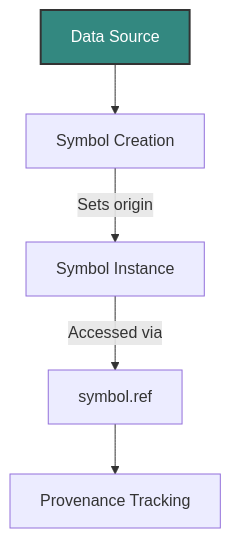
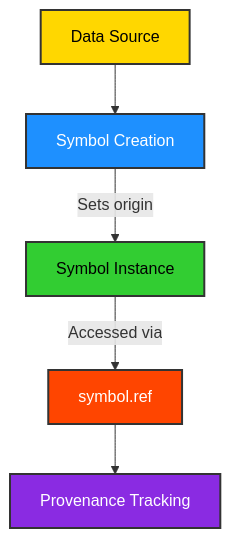
Before and after one commit to ikko/sym: diagram 12 of 13 in docs/readme_details/8_api_highlights/index.md, drawn with Mermaid. The commit also changed other lines of this file and 15 other files, not shown here.

Commit message:
inbetween cleaning examples and recolor mermaids

````diff
--- a/docs/readme_details/8_api_highlights/index.md
+++ b/docs/readme_details/8_api_highlights/index.md
@@ -515,11 +670,13 @@
 ```mermaid
 graph TD
     A[Data Source] --> B[Symbol Creation];
     B -- "Sets origin" --> C[Symbol Instance];
     C -- "Accessed via" --> D[symbol.ref];
     D --> E[Provenance Tracking];
 
-    style A fill:#338880,stroke:#333,stroke-width:2px,color:#FFFFFF;
-
-    style A fill:#338880,stroke:#333,stroke-width:2px,color:#FFFFFF;
+    style A fill:#FFD700,stroke:#333,stroke-width:2px,color:#000000;
+    style B fill:#1E90FF,stroke:#333,stroke-width:2px,color:#FFFFFF;
+    style C fill:#32CD32,stroke:#333,stroke-width:2px,color:#000000;
+    style D fill:#FF4500,stroke:#333,stroke-width:2px,color:#FFFFFF;
+    style E fill:#8A2BE2,stroke:#333,stroke-width:2px,color:#FFFFFF;
 ```
````
